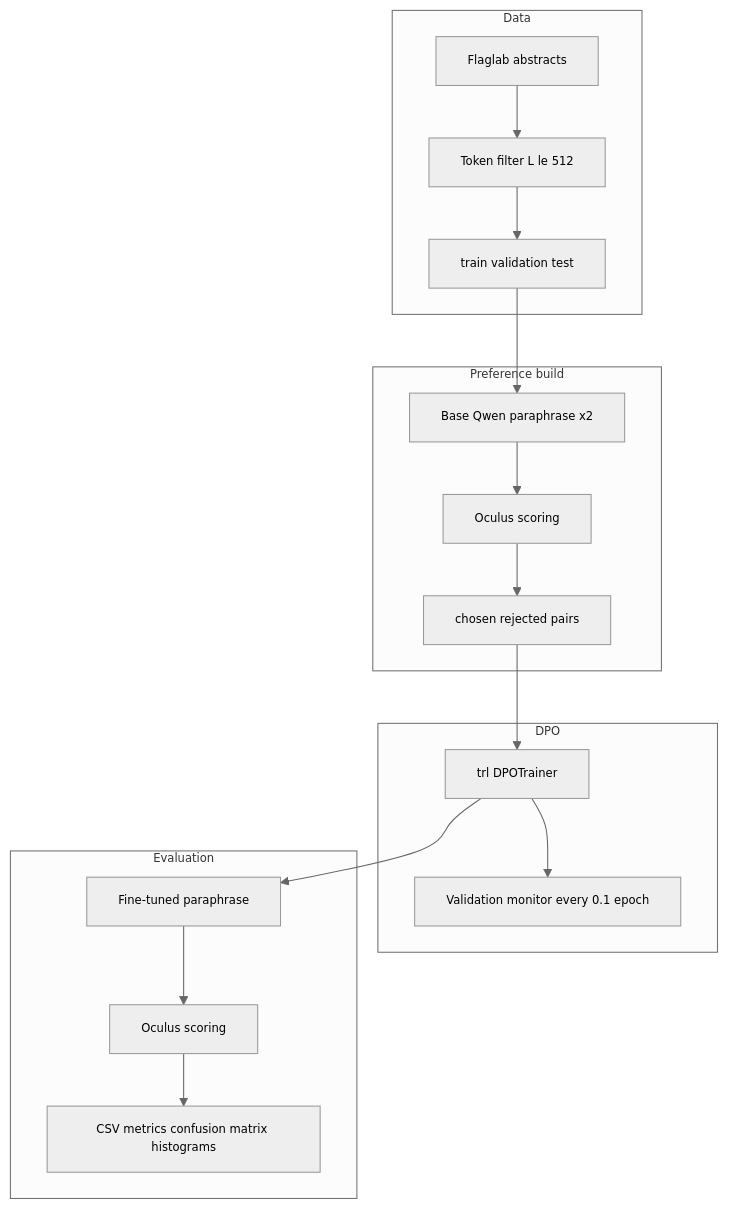
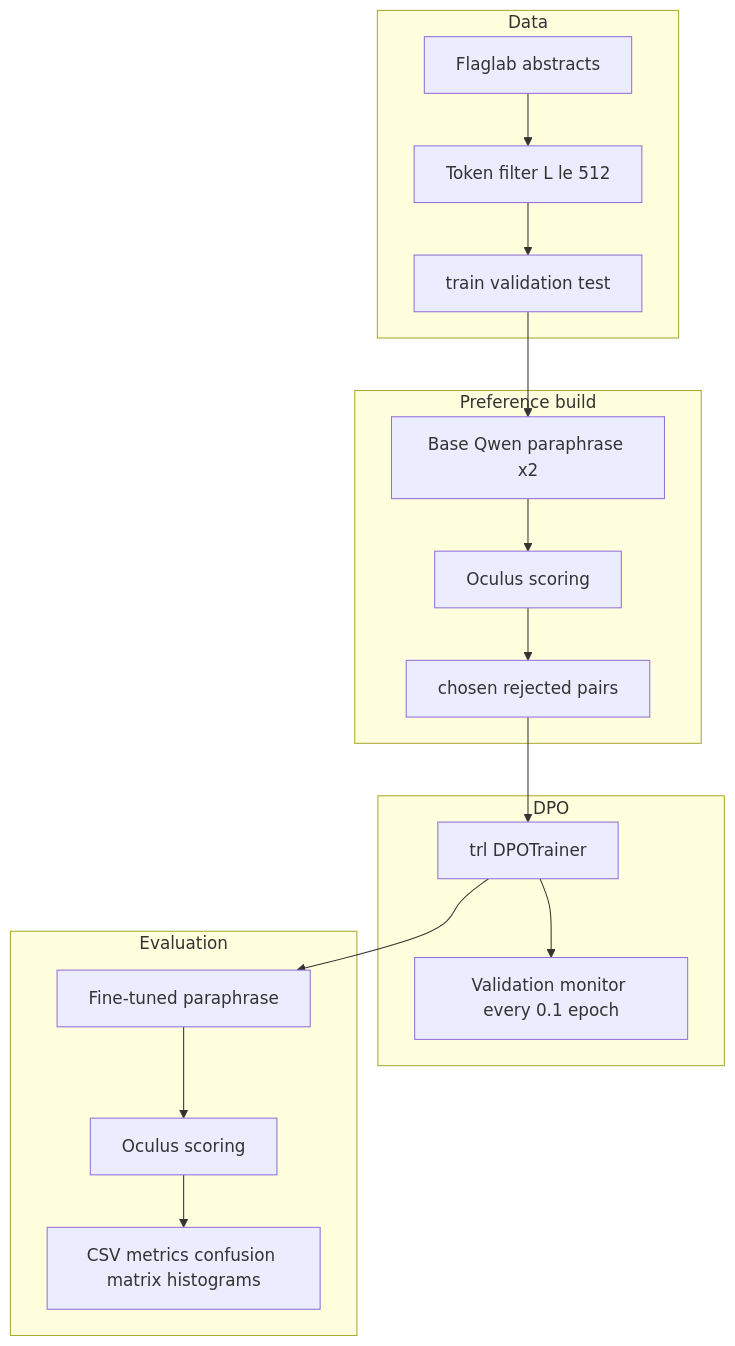
The diagram in README.md (pymlex/ai-text-detector-tricking), drawn with Mermaid before and after one commit.

Commit message:
Remove Mermaid theme init from README architecture diagram.

````diff
--- a/README.md
+++ b/README.md
@@ -23,27 +23,26 @@
 ```mermaid
-%%{init: {"theme": "neutral", "themeVariables": {"fontSize": "11px", "classFontSize": "11px"}}}%%
 flowchart TB
-    subgraph data["Data"]
-        HF[Flaglab abstracts]
-        Filter[Token filter L le 512]
-        Splits[train validation test]
-    end
-    subgraph prefs["Preference build"]
-        GenBase[Base Qwen paraphrase x2]
-        Det1[Oculus scoring]
-        Pairs[chosen rejected pairs]
-    end
-    subgraph train["DPO"]
-        DPOTrainer[trl DPOTrainer]
-        Mon[Validation monitor every 0.1 epoch]
-    end
-    subgraph eval["Evaluation"]
-        GenFT[Fine-tuned paraphrase]
-        Det2[Oculus scoring]
-        Metrics[CSV metrics confusion matrix histograms]
-    end
-    HF --> Filter --> Splits
-    Splits --> GenBase --> Det1 --> Pairs --> DPOTrainer
-    DPOTrainer --> Mon
-    DPOTrainer --> GenFT --> Det2 --> Metrics
+  subgraph data [Data]
+    HF[Flaglab abstracts]
+    Filter[Token filter L le 512]
+    Splits[train validation test]
+  end
+  subgraph prefs [Preference build]
+    GenBase[Base Qwen paraphrase x2]
+    Det1[Oculus scoring]
+    Pairs[chosen rejected pairs]
+  end
+  subgraph train [DPO]
+    DPOTrainer[trl DPOTrainer]
+    Mon[Validation monitor every 0.1 epoch]
+  end
+  subgraph eval [Evaluation]
+    GenFT[Fine-tuned paraphrase]
+    Det2[Oculus scoring]
+    Metrics[CSV metrics confusion matrix histograms]
+  end
+  HF --> Filter --> Splits
+  Splits --> GenBase --> Det1 --> Pairs --> DPOTrainer
+  DPOTrainer --> Mon
+  DPOTrainer --> GenFT --> Det2 --> Metrics
 ```
````
